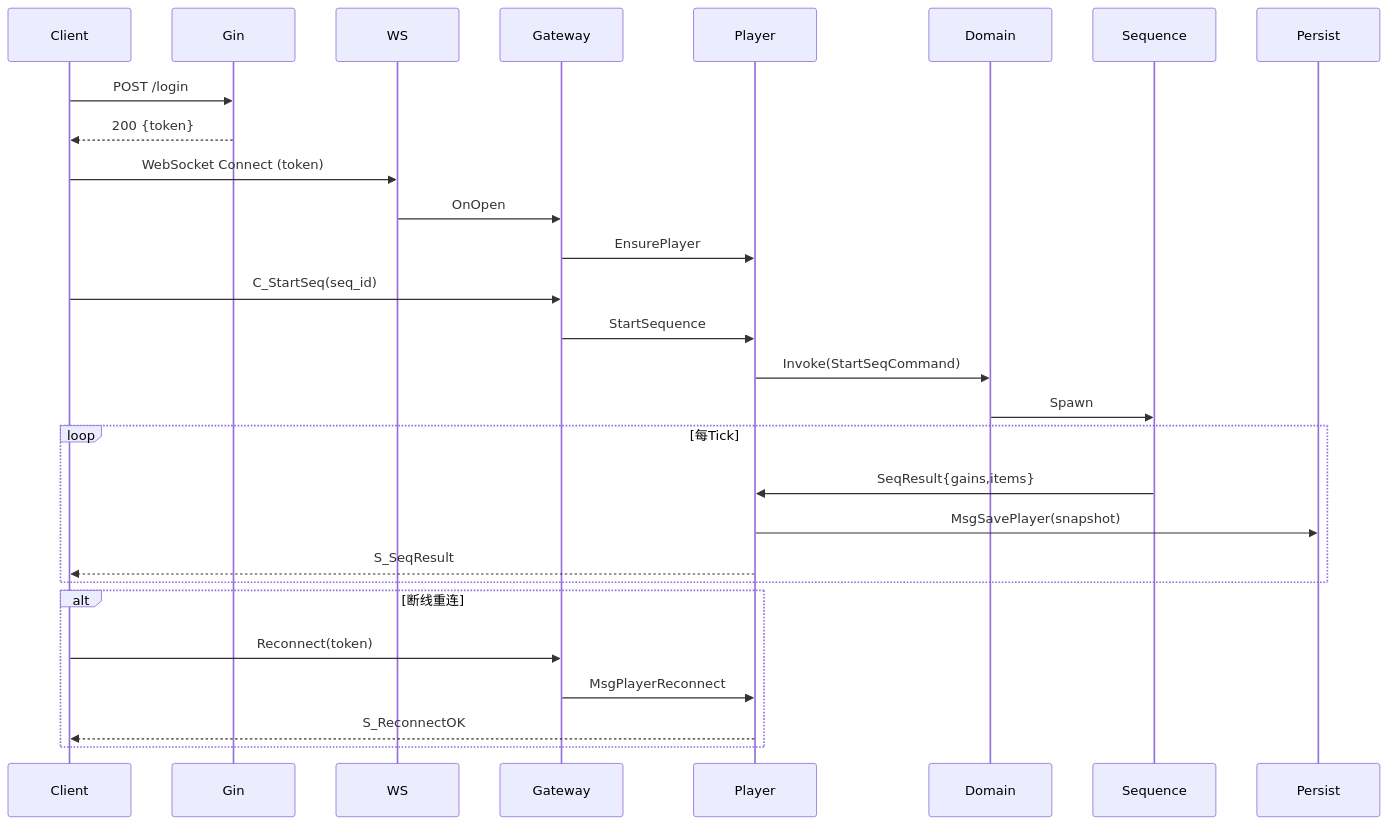
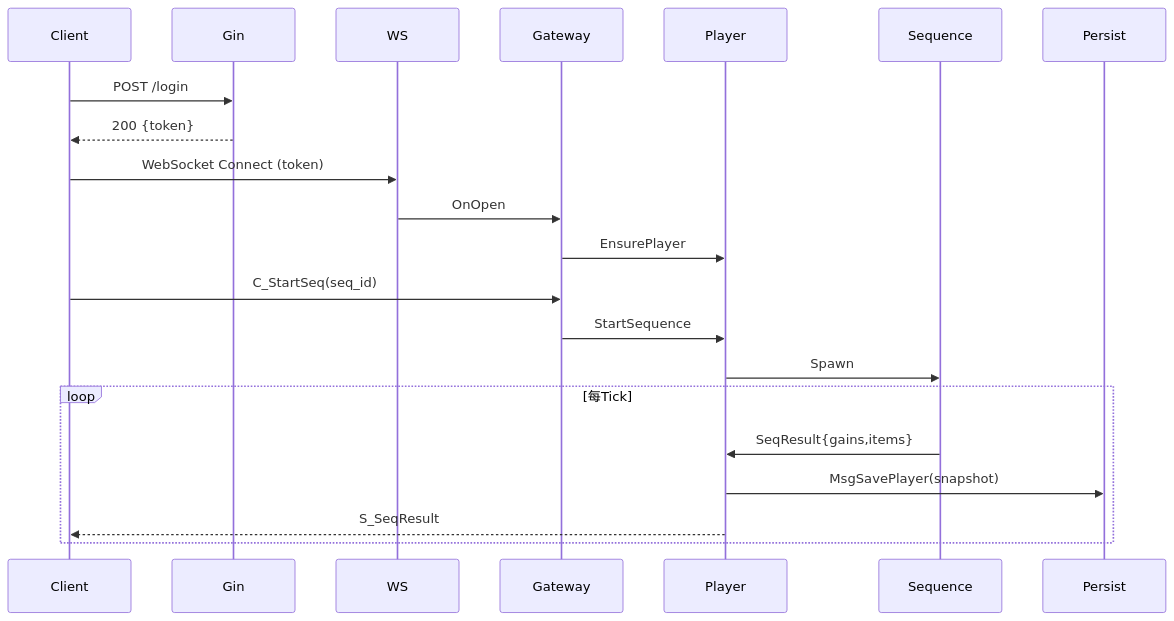
One commit to qq479733605-blip/IdleGame changed the second of 2 diagrams in README.md. Above: the diagram before and after it, drawn with Mermaid. The commit also changed other lines of this file and 3 other files, not shown here.

````diff
--- a/README.md
+++ b/README.md
@@ -132,32 +137,24 @@
 ```mermaid
 sequenceDiagram
     participant Client
     participant Gin
     participant WS
     participant Gateway
     participant Player
-    participant Domain
     participant Sequence
     participant Persist
 
     Client->>Gin: POST /login
     Gin-->>Client: 200 {token}
     Client->>WS: WebSocket Connect (token)
     WS->>Gateway: OnOpen
     Gateway->>Player: EnsurePlayer
     Client->>Gateway: C_StartSeq(seq_id)
     Gateway->>Player: StartSequence
-    Player->>Domain: Invoke(StartSeqCommand)
-    Domain->>Sequence: Spawn
+    Player->>Sequence: Spawn
     loop 每Tick
         Sequence->>Player: SeqResult{gains,items}
         Player->>Persist: MsgSavePlayer(snapshot)
         Player-->>Client: S_SeqResult
     end
-
-    alt 断线重连
-        Client->>Gateway: Reconnect(token)
-        Gateway->>Player: MsgPlayerReconnect
-        Player-->>Client: S_ReconnectOK
-    end
 ```
````
